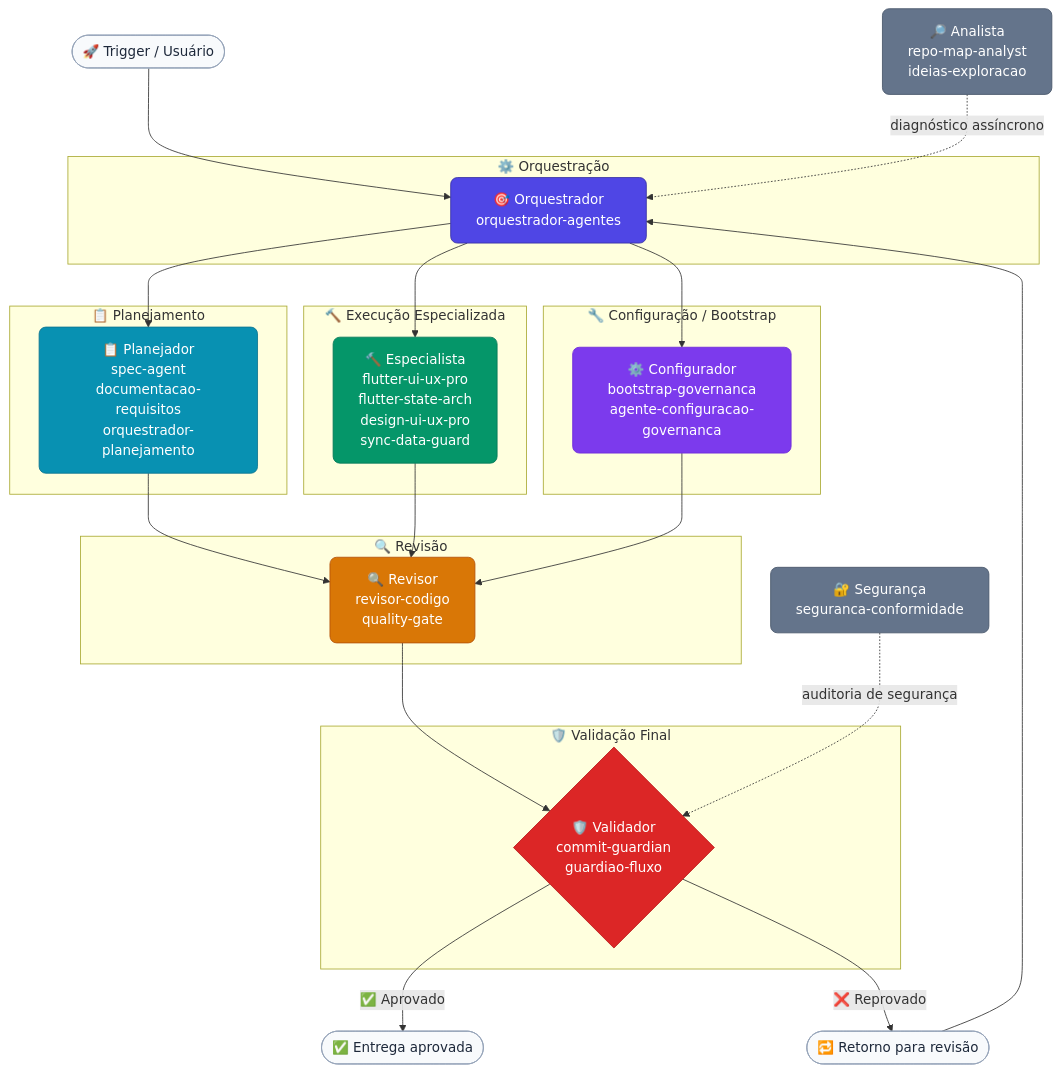
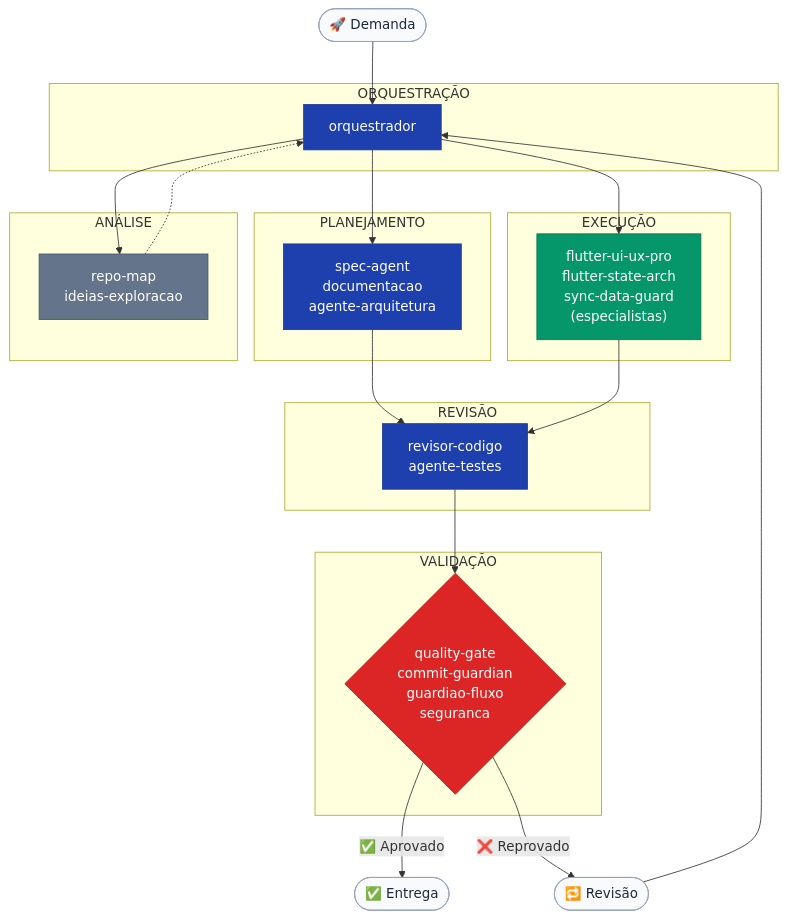
Before and after one commit to RobertGFerreira/dev-workspace: the diagram in modelos/agentes/README.md, drawn with Mermaid. The commit also changed other lines of this file and 18 other files, not shown here.

Commit message:
refactor(agentes): reorganizar com arquitetura em camadas e sanitizar contaminacoes de projeto privado

````diff
--- a/modelos/agentes/README.md
+++ b/modelos/agentes/README.md
@@ -114,61 +96,52 @@
 ```mermaid
 flowchart TD
-    classDef orchestrator fill:#4f46e5,color:#fff,stroke:#3730a3,rx:8
-    classDef planner fill:#0891b2,color:#fff,stroke:#0e7490,rx:8
-    classDef specialist fill:#059669,color:#fff,stroke:#047857,rx:8
-    classDef reviewer fill:#d97706,color:#fff,stroke:#b45309,rx:8
-    classDef validator fill:#dc2626,color:#fff,stroke:#b91c1c,rx:8
-    classDef bootstrap fill:#7c3aed,color:#fff,stroke:#6d28d9,rx:8
-    classDef analyst fill:#64748b,color:#fff,stroke:#475569,rx:8
+    classDef universal fill:#1e40af,color:#fff,stroke:#1e3a8a
+    classDef flutter fill:#059669,color:#fff,stroke:#047857
+    classDef validator fill:#dc2626,color:#fff,stroke:#b91c1c
+    classDef analyst fill:#64748b,color:#fff,stroke:#475569
     classDef io fill:#f8fafc,color:#1e293b,stroke:#94a3b8
 
-    TRIGGER([🚀 Trigger / Usuário]):::io
-    ENTREGA([✅ Entrega aprovada]):::io
-    LOOP([🔁 Retorno para revisão]):::io
+    TRIGGER([🚀 Demanda]):::io
+    ENTREGA([✅ Entrega]):::io
+    LOOP([🔁 Revisão]):::io
 
     TRIGGER --> OR
 
-    subgraph ORQUESTRAÇÃO ["⚙️ Orquestração"]
-        OR["🎯 Orquestrador\norquestrador-agentes"]:::orchestrator
+    subgraph ORQUESTRAÇÃO
+        OR["orquestrador"]:::universal
     end
 
-    OR --> CF
     OR --> PL
     OR --> ES
+    OR --> AN
 
-    subgraph CONFIGURAÇÃO ["🔧 Configuração / Bootstrap"]
-        CF["⚙️ Configurador\nbootstrap-governanca\nagente-configuracao-governanca"]:::bootstrap
+    subgraph PLANEJAMENTO
+        PL["spec-agent\ndocumentacao\nagente-arquitetura"]:::universal
     end
 
-    subgraph PLANEJAMENTO ["📋 Planejamento"]
-        PL["📋 Planejador\nspec-agent\ndocumentacao-requisitos\norquestrador-planejamento"]:::planner
+    subgraph EXECUÇÃO
+        ES["flutter-ui-ux-pro\nflutter-state-arch\nsync-data-guard\n(especialistas)"]:::flutter
     end
 
-    subgraph EXECUÇÃO ["🔨 Execução Especializada"]
-        ES["🔨 Especialista\nflutter-ui-ux-pro\nflutter-state-arch\ndesign-ui-ux-pro\nsync-data-guard"]:::specialist
+    subgraph ANÁLISE
+        AN["repo-map\nideias-exploracao"]:::analyst
     end
 
     PL --> RV
     ES --> RV
-    CF --> RV
+    AN -.-> OR
 
-    subgraph REVISÃO ["🔍 Revisão"]
-        RV["🔍 Revisor\nrevisor-codigo\nquality-gate"]:::reviewer
+    subgraph REVISÃO
+        RV["revisor-codigo\nagente-testes"]:::universal
     end
 
     RV --> VL
 
-    subgraph VALIDAÇÃO ["🛡️ Validação Final"]
-        VL{"🛡️ Validador\ncommit-guardian\nguardiao-fluxo"}:::validator
+    subgraph VALIDAÇÃO
+        VL{"quality-gate\ncommit-guardian\nguardiao-fluxo\nseguranca"}:::validator
     end
 
     VL -->|✅ Aprovado| ENTREGA
     VL -->|❌ Reprovado| LOOP
     LOOP --> OR
-
-    AN["🔎 Analista\nrepo-map-analyst\nideias-exploracao"]:::analyst
-    SG["🔐 Segurança\nseguranca-conformidade"]:::analyst
-
-    AN -. "diagnóstico assíncrono" .-> OR
-    SG -. "auditoria de segurança" .-> VL
 ```
````
